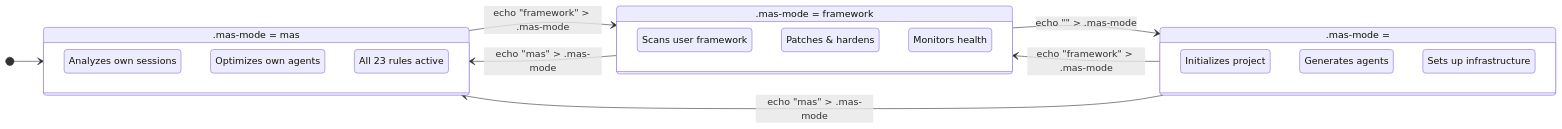
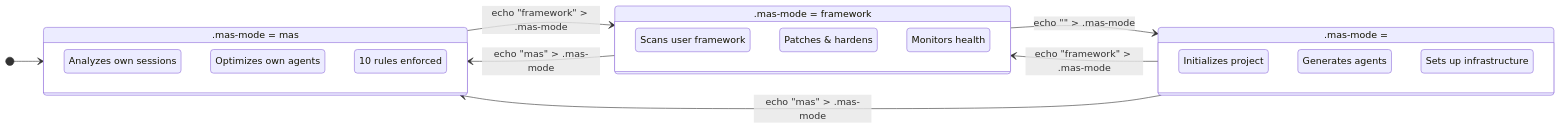
Before and after one commit to mczardybon/mas-engineer: the fourth of 6 diagrams in README.md, drawn with Mermaid. The commit also changed other lines of this file and 23 other files, not shown here.

````diff
--- a/README.md
+++ b/README.md
@@ -298,30 +298,30 @@
 ```mermaid
 stateDiagram-v2
     direction LR
     state ".mas-mode = mas" as MAS
     state ".mas-mode = framework" as FW
     state ".mas-mode = <project>" as GEN
 
     [*] --> MAS
     MAS --> FW: echo "framework" > .mas-mode
     FW --> GEN: echo "<project>" > .mas-mode
     GEN --> FW: echo "framework" > .mas-mode
     FW --> MAS: echo "mas" > .mas-mode
     GEN --> MAS: echo "mas" > .mas-mode
 
     state MAS {
         M1 : Analyzes own sessions
         M2 : Optimizes own agents
-        M3 : All 23 rules active
+        M3 : 10 rules enforced
     }
     state FW {
         F1 : Scans user framework
         F2 : Patches & hardens
         F3 : Monitors health
     }
     state GEN {
         G1 : Initializes project
         G2 : Generates agents
         G3 : Sets up infrastructure
     }
 ```
````
